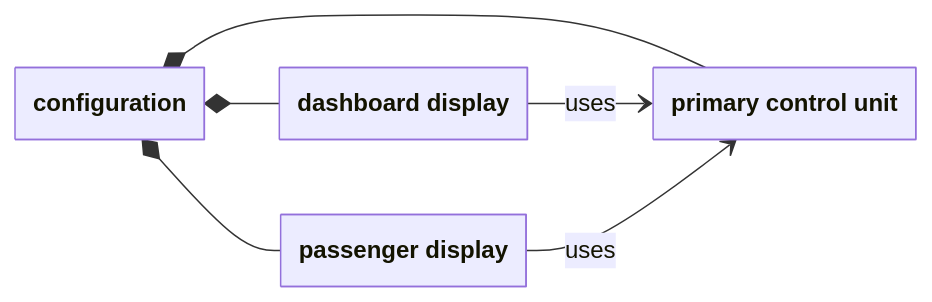
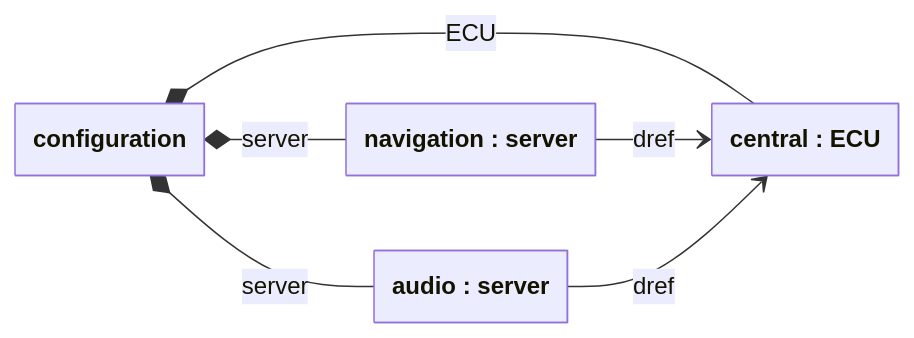
Before and after one commit to kbak/clafer-compiler-lean: the second of 2 diagrams in docs/choco-adapter.md, drawn with Mermaid. The commit also changed other lines of this file and 4 other files, not shown here.

````diff
--- a/docs/choco-adapter.md
+++ b/docs/choco-adapter.md
@@ -147,18 +149,18 @@
 ```mermaid
 ---
 config:
   class:
     hideEmptyMembersBox: true
 ---
 classDiagram
   direction LR
   class configuration["configuration"]
-  class dashboard["dashboard display"]
-  class passenger["passenger display"]
-  class primary["primary control unit"]
-  configuration *-- dashboard
-  configuration *-- passenger
-  configuration *-- primary
-  dashboard --> primary : uses
-  passenger --> primary : uses
+  class navigation["navigation : server"]
+  class audio["audio : server"]
+  class central["central : ECU"]
+  configuration *-- navigation : server
+  configuration *-- audio : server
+  configuration *-- central : ECU
+  navigation --> central : dref
+  audio --> central : dref
 ```
````
